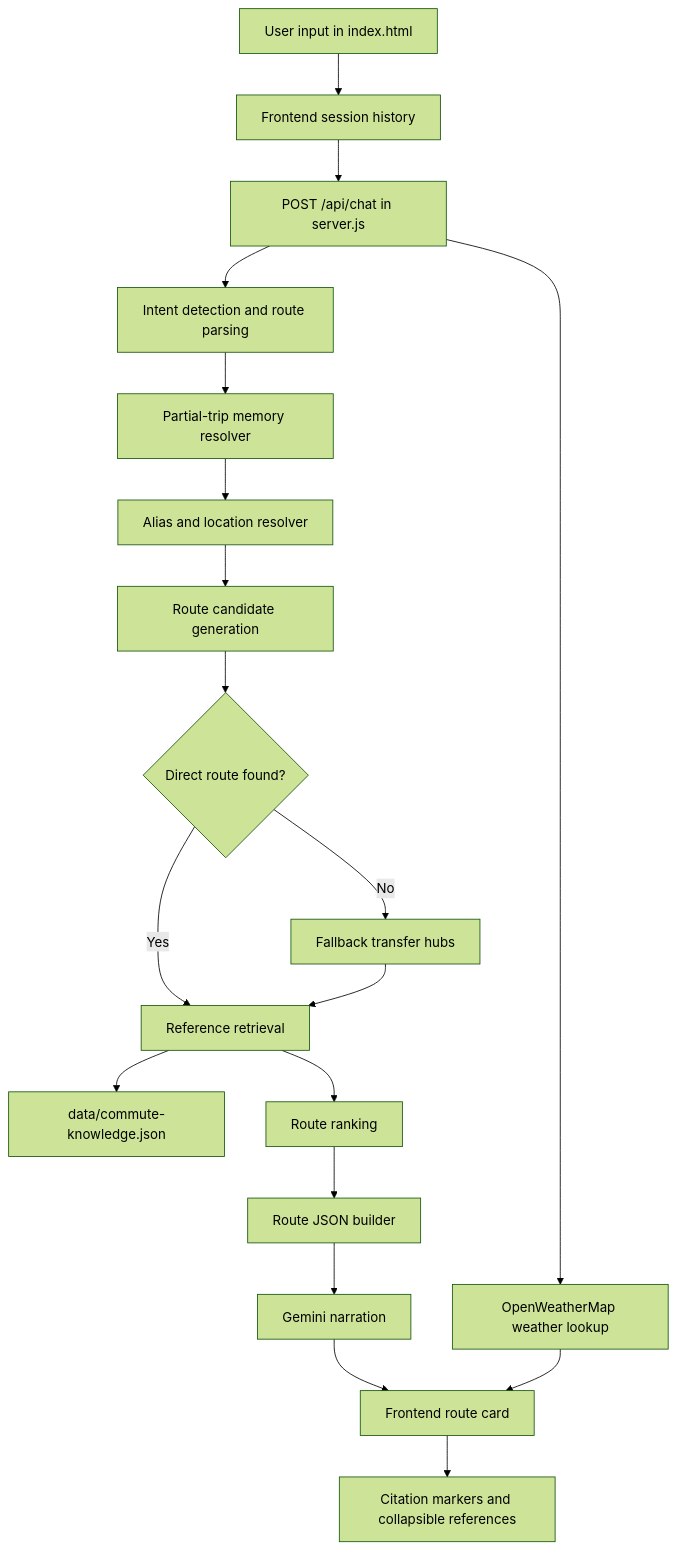
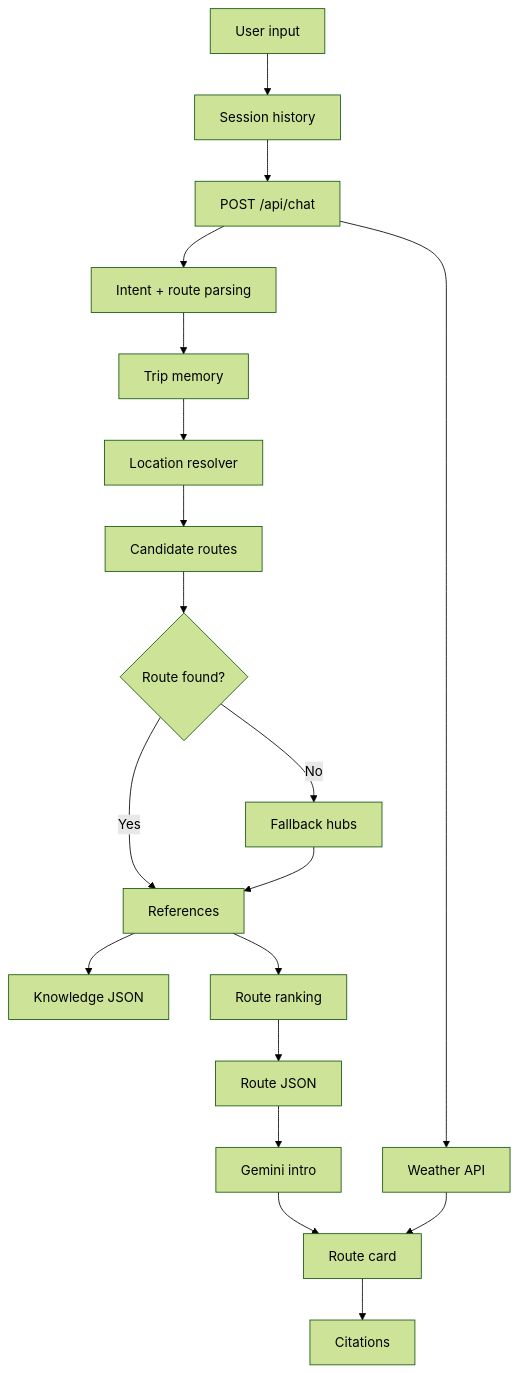
The diagram in README.md (jenenerz/Saan), drawn with Mermaid (forest theme) before and after one commit.

Commit message:
edited archi diagram

````diff
--- a/README.md
+++ b/README.md
@@ -152,21 +152,21 @@
 ```mermaid
 flowchart TD
-  A["User input in index.html"] --> B["Frontend session history"]
-  B --> C["POST /api/chat in server.js"]
-  C --> D["Intent detection and route parsing"]
-  D --> E["Partial-trip memory resolver"]
-  E --> F["Alias and location resolver"]
-  F --> G["Route candidate generation"]
-  G --> H{"Direct route found?"}
-  H -- "No" --> I["Fallback transfer hubs"]
-  H -- "Yes" --> J["Reference retrieval"]
+  A["User input"] --> B["Session history"]
+  B --> C["POST /api/chat"]
+  C --> D["Intent + route parsing"]
+  D --> E["Trip memory"]
+  E --> F["Location resolver"]
+  F --> G["Candidate routes"]
+  G --> H{"Route found?"}
+  H -- "No" --> I["Fallback hubs"]
+  H -- "Yes" --> J["References"]
   I --> J
-  J --> K["data/commute-knowledge.json"]
+  J --> K["Knowledge JSON"]
   J --> L["Route ranking"]
-  L --> M["Route JSON builder"]
-  M --> N["Gemini narration"]
-  C --> O["OpenWeatherMap weather lookup"]
-  N --> P["Frontend route card"]
+  L --> M["Route JSON"]
+  M --> N["Gemini intro"]
+  C --> O["Weather API"]
+  N --> P["Route card"]
   O --> P
-  P --> Q["Citation markers and collapsible references"]
+  P --> Q["Citations"]
 ```
````
